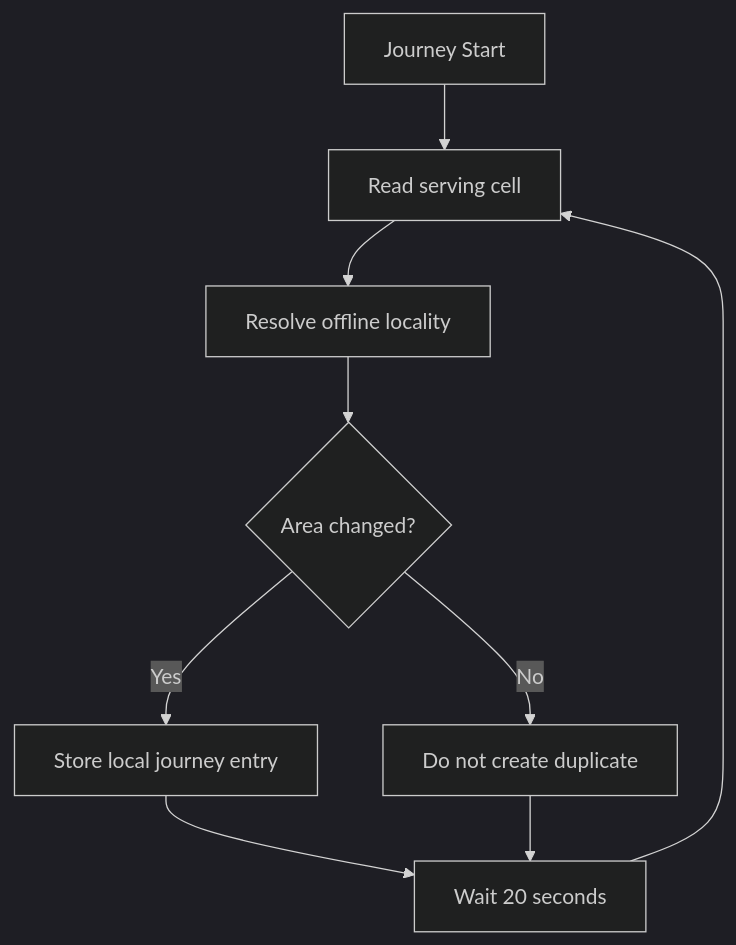
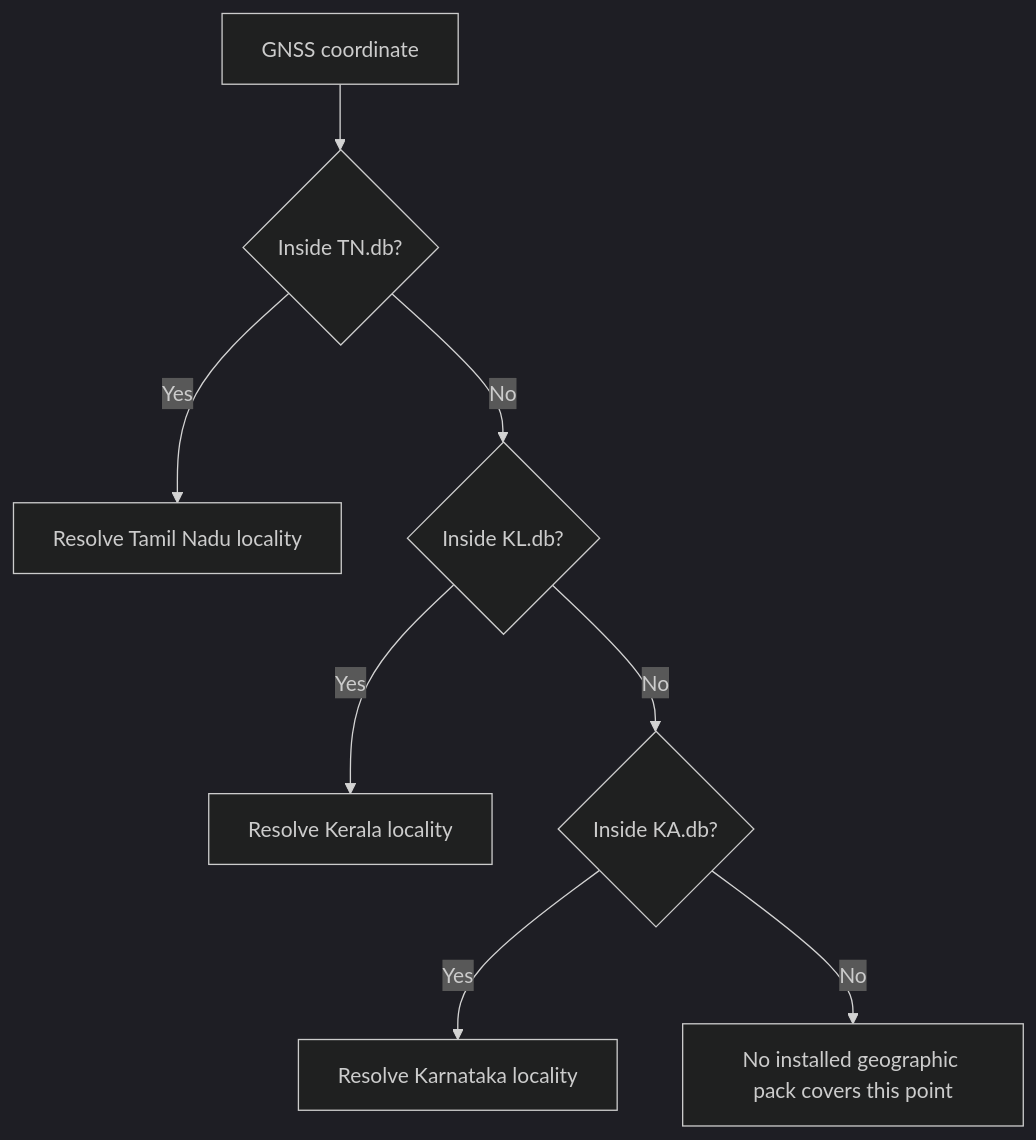
One commit to actionanand/local-tell changed the fifth of 6 diagrams in docs/localtell-modern-android-locality-architecture.md. Above: the diagram before and after it, drawn with Mermaid (dark theme). The commit also changed other lines of this file, not shown here.

Commit message:
docs: update LocalTell architecture for GNSS-first schema v3

````diff
--- a/docs/localtell-modern-android-locality-architecture.md
+++ b/docs/localtell-modern-android-locality-architecture.md
@@ -372,11 +816,10 @@
 ```mermaid
 flowchart TD
-    A[Journey Start] --> B[Read serving cell]
-    B --> C[Resolve offline locality]
-    C --> D{Area changed?}
-    D -->|Yes| E[Store local journey entry]
-    D -->|No| F[Do not create duplicate]
-    E --> G[Wait 20 seconds]
-    F --> G
-    G --> B
+    A[GNSS coordinate] --> B{Inside TN.db?}
+    B -->|Yes| C[Resolve Tamil Nadu locality]
+    B -->|No| D{Inside KL.db?}
+    D -->|Yes| E[Resolve Kerala locality]
+    D -->|No| F{Inside KA.db?}
+    F -->|Yes| G[Resolve Karnataka locality]
+    F -->|No| H[No installed geographic pack covers this point]
 ```
````
